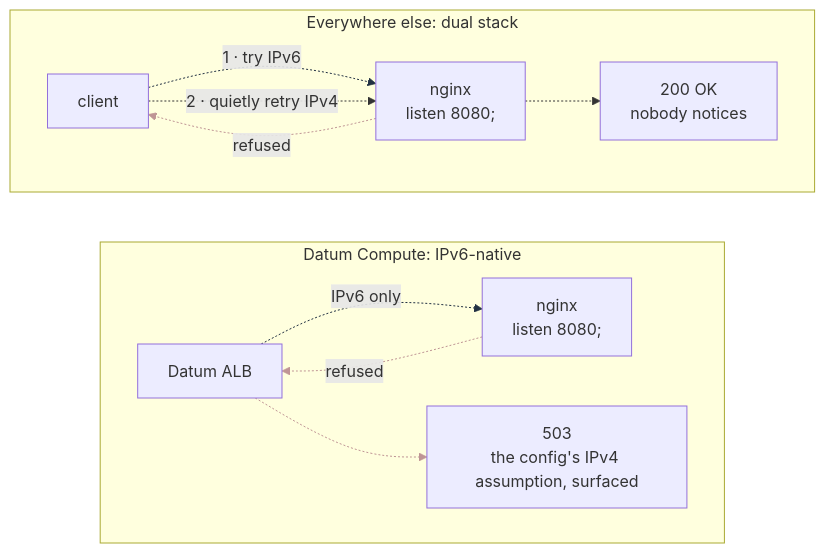
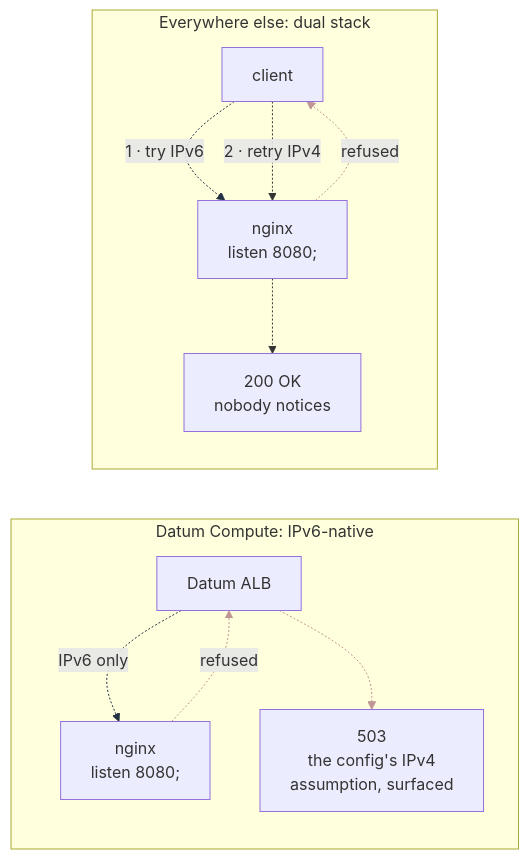
The diagram in .claude/skills/datum-diagram/examples/mermaid/image1.mmd (datum-cloud/datum.net), drawn with Mermaid before and after one commit. The commit also changed 2 other files, not shown here.

Commit message:
docs(skills): narrow top-to-bottom Mermaid examples
Dual-stack, configs and sequence diagrams are rebuilt as narrow, tall
layouts (about 400-650px wide) so they stay readable in the article.

```diff
--- a/.claude/skills/datum-diagram/examples/mermaid/image1.mmd
+++ b/.claude/skills/datum-diagram/examples/mermaid/image1.mmd
@@ -1,25 +1,25 @@
 flowchart TB
     classDef dot fill:#4d6356,stroke:#4d6356
     subgraph dual["Everywhere else: dual stack"]
-        direction LR
+        direction TB
         c1["client"]:::ext
         n1["nginx<br/>listen 8080;"]:::ext
         ok["200 OK<br/>nobody notices"]:::ok
         c1 -.->|"1 · try IPv6"| n1
         n1 -.->|"refused"| c1
-        c1 -.->|"2 · quietly retry IPv4"| n1
+        c1 -.->|"2 · retry IPv4"| n1
         n1 -.-> ok
     end
     subgraph native["Datum Compute: IPv6-native"]
-        direction LR
+        direction TB
         alb["Datum ALB"]:::datum
         n2["nginx<br/>listen 8080;"]:::ext
-        err["503<br/>the config's IPv4 assumption, surfaced"]:::bad
+        err["503<br/>the config's IPv4<br/>assumption, surfaced"]:::bad
         alb -.->|"IPv6 only"| n2
         n2 -.->|"refused"| alb
         alb -.-> err
     end
     dual ~~~ native
     linkStyle 0,4 stroke:#223143
     linkStyle 1,5,6 stroke:#bf9595
     linkStyle 7 stroke:none
```
